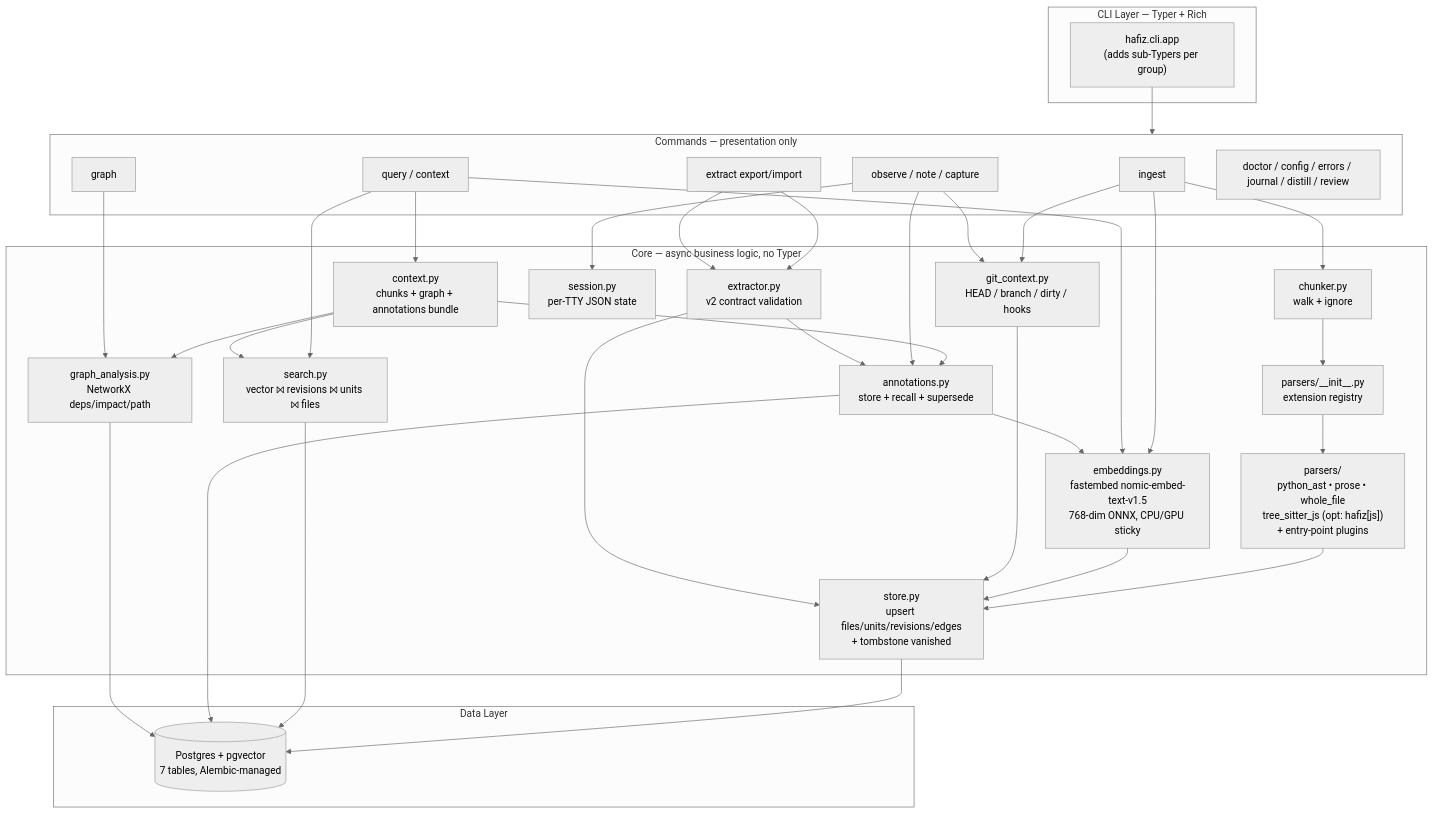
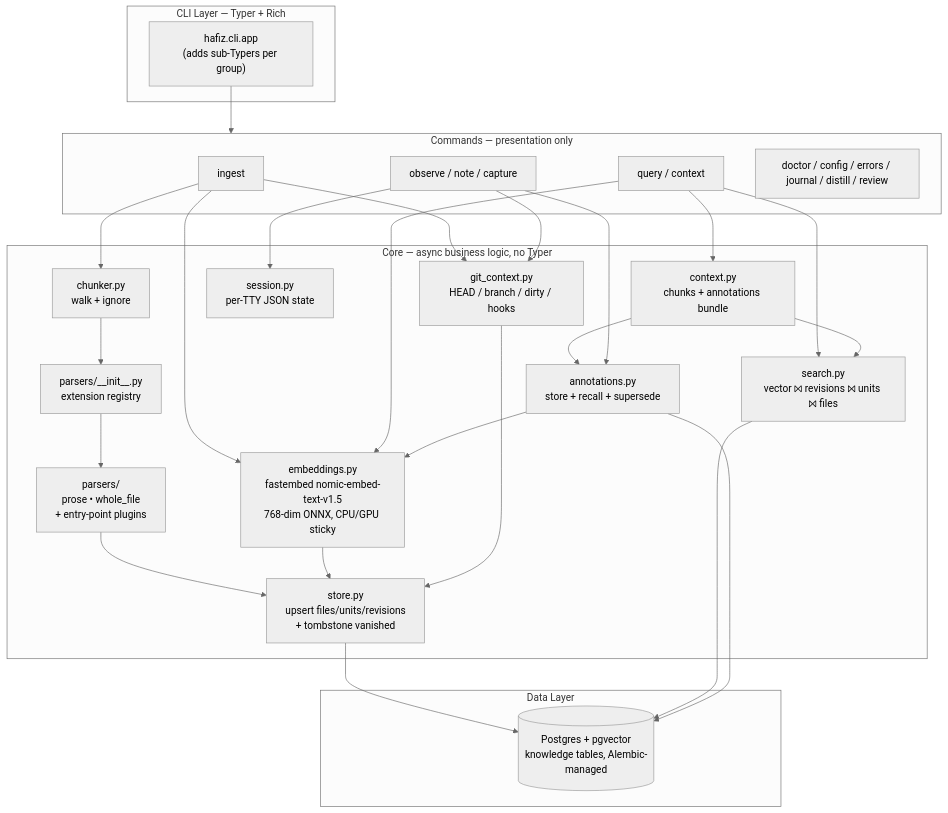
Before and after one commit to irsali/hafiz: the second of 7 diagrams in docs/architecture.md, drawn with Mermaid (neutral theme). The commit also changed other lines of this file and 56 other files, not shown here.

````diff
--- a/docs/architecture.md
+++ b/docs/architecture.md
@@ -49,56 +48,47 @@
 ```mermaid
 flowchart TB
     subgraph cli["CLI Layer — Typer + Rich"]
         entry["hafiz.cli.app<br>(adds sub-Typers per group)"]
     end
 
     subgraph cmd["Commands — presentation only"]
         ingest_c["ingest"]
         query_c["query / context"]
         observe_c["observe / note / capture"]
-        graph_c["graph"]
-        extract_c["extract export/import"]
         ops_c["doctor / config / errors / journal / distill / review"]
     end
 
     subgraph core["Core — async business logic, no Typer"]
         chunker["chunker.py<br>walk + ignore"]
         registry["parsers/__init__.py<br>extension registry"]
-        parsers_box["parsers/<br>python_ast • prose • whole_file<br>tree_sitter_js (opt: hafiz[js])<br>+ entry-point plugins"]
+        parsers_box["parsers/<br>prose • whole_file<br>+ entry-point plugins"]
         embed["embeddings.py<br>fastembed nomic-embed-text-v1.5<br>768-dim ONNX, CPU/GPU sticky"]
-        store["store.py<br>upsert files/units/revisions/edges<br>+ tombstone vanished"]
+        store["store.py<br>upsert files/units/revisions<br>+ tombstone vanished"]
         search["search.py<br>vector ⨝ revisions ⨝ units ⨝ files"]
         ann["annotations.py<br>store + recall + supersede"]
-        ctx["context.py<br>chunks + graph + annotations bundle"]
-        graph_an["graph_analysis.py<br>NetworkX deps/impact/path"]
-        ext["extractor.py<br>v2 contract validation"]
+        ctx["context.py<br>chunks + annotations bundle"]
         sess["session.py<br>per-TTY JSON state"]
         gitctx["git_context.py<br>HEAD / branch / dirty / hooks"]
     end
 
     subgraph data["Data Layer"]
-        db[("Postgres + pgvector<br>7 tables, Alembic-managed")]
+        db[("Postgres + pgvector<br>knowledge tables, Alembic-managed")]
     end
 
     entry --> cmd
 
     ingest_c --> chunker --> registry --> parsers_box
     parsers_box --> store
     ingest_c --> embed --> store
     store --> db
     ingest_c --> gitctx --> store
 
     query_c --> embed
     query_c --> search --> db
     query_c --> ctx --> search
     ctx --> ann --> db
-    ctx --> graph_an --> db
 
     observe_c --> ann --> embed
     observe_c --> sess
     observe_c --> gitctx
-
-    graph_c --> graph_an
-    extract_c --> ext --> store
-    extract_c --> ext --> ann
 ```
````
